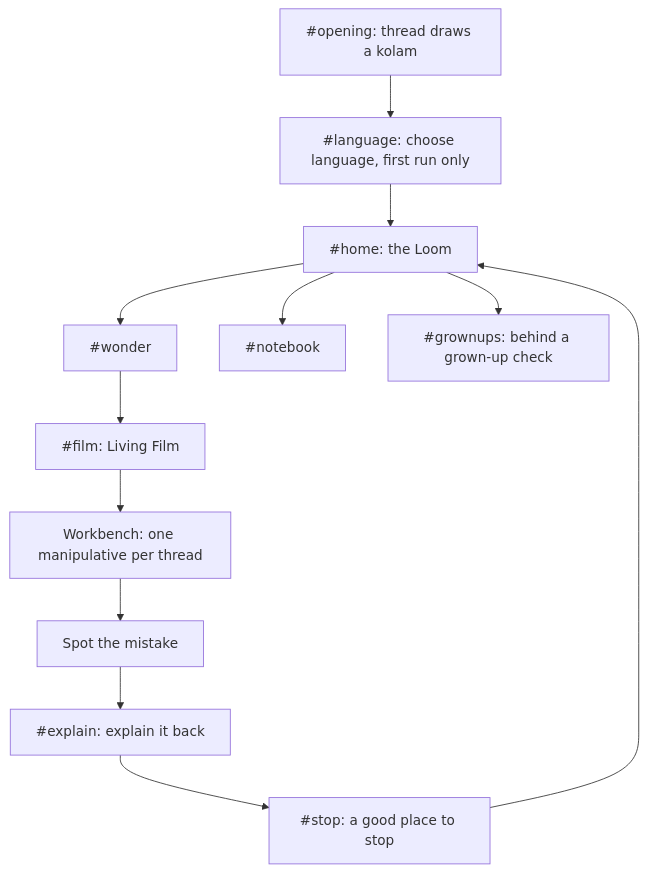
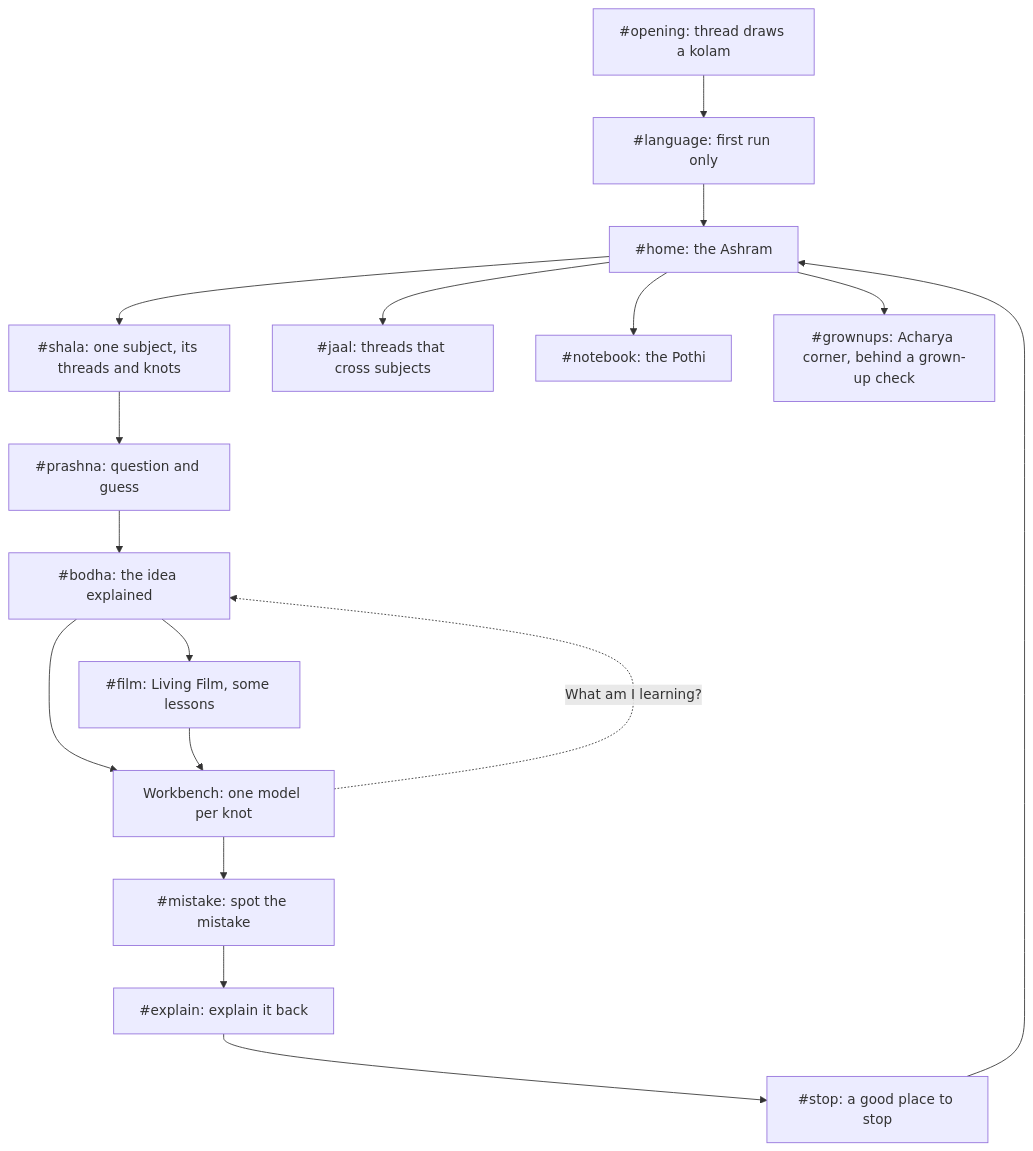
Before and after one commit to karthikwin-hub/learn-gpt-2.0: the diagram in docs/product/EXPERIENCE.md, drawn with Mermaid. The commit also changed other lines of this file and 10 other files, not shown here.

````diff
--- a/docs/product/EXPERIENCE.md
+++ b/docs/product/EXPERIENCE.md
@@ -10,14 +10,19 @@
 ```mermaid
 flowchart TD
-  opening["#opening: thread draws a kolam"] --> lang["#language: choose language, first run only"]
-  lang --> home["#home: the Loom"]
-  home --> wonder["#wonder"]
-  wonder --> film["#film: Living Film"]
-  film --> bench["Workbench: one manipulative per thread"]
-  bench --> mistake["Spot the mistake"]
+  opening["#opening: thread draws a kolam"] --> lang["#language: first run only"]
+  lang --> home["#home: the Ashram"]
+  home --> shala["#shala: one subject, its threads and knots"]
+  home --> jaal["#jaal: threads that cross subjects"]
+  home --> pothi["#notebook: the Pothi"]
+  home --> acharya["#grownups: Acharya corner, behind a grown-up check"]
+  shala --> prashna["#prashna: question and guess"]
+  prashna --> bodha["#bodha: the idea explained"]
+  bodha --> film["#film: Living Film, some lessons"]
+  bodha --> bench["Workbench: one model per knot"]
+  film --> bench
+  bench --> mistake["#mistake: spot the mistake"]
   mistake --> explain["#explain: explain it back"]
   explain --> stop["#stop: a good place to stop"]
   stop --> home
-  home --> notebook["#notebook"]
-  home --> grownups["#grownups: behind a grown-up check"]
+  bench -.->|"What am I learning?"| bodha
 ```
````
